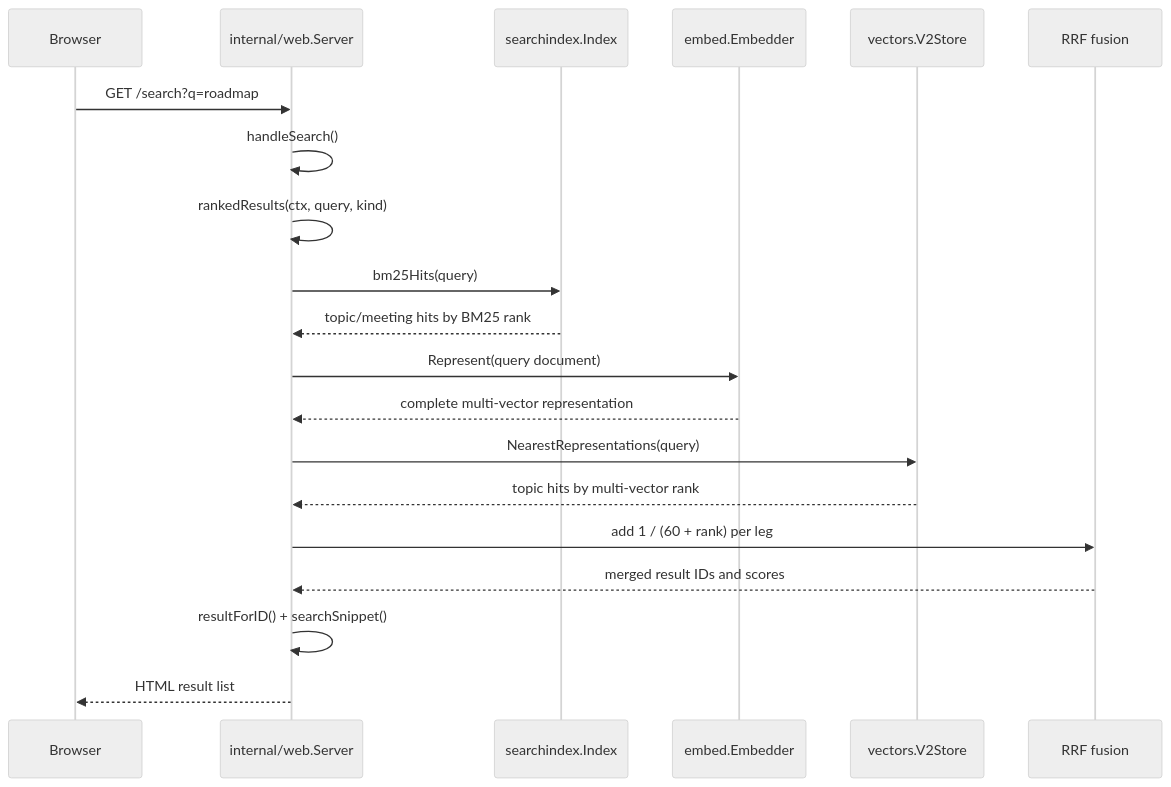
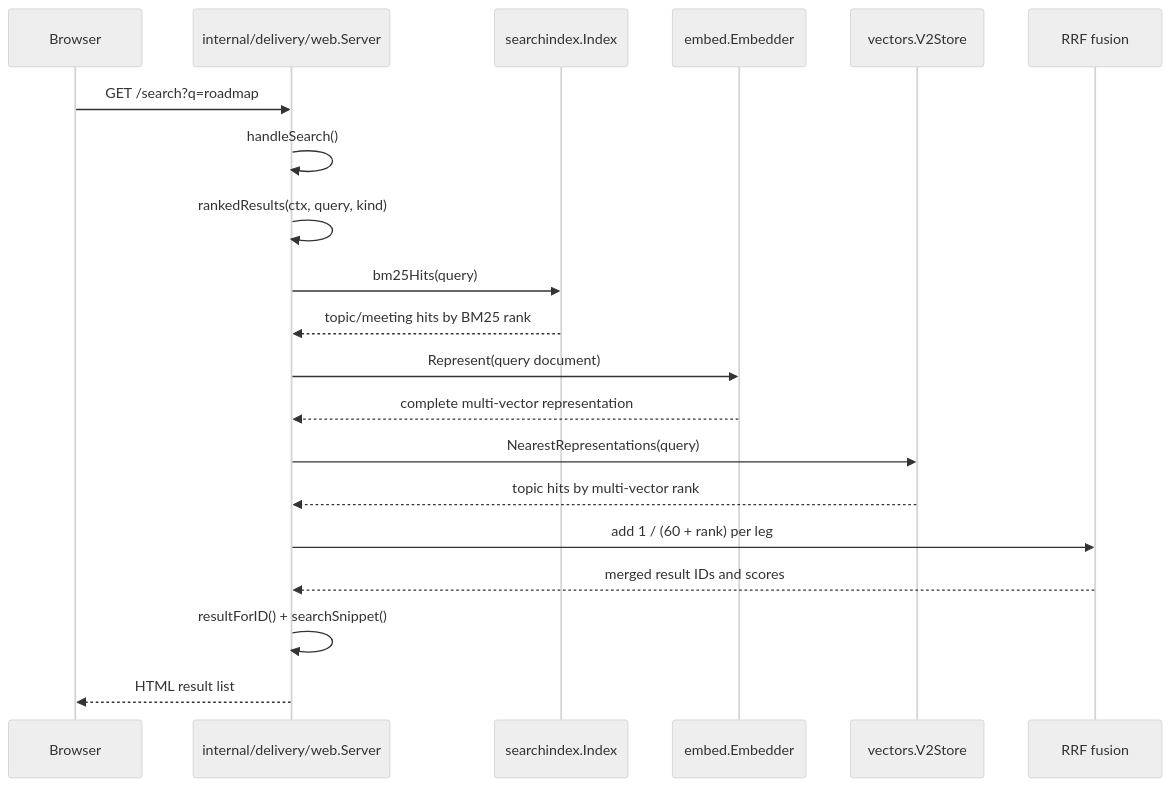
One commit to fernando143/patro changed the second of 7 diagrams in docs/search-architecture.md. Above: the diagram before and after it, drawn with Mermaid (neutral theme). The commit also changed other lines of this file and 170 other files, not shown here.

````diff
--- a/docs/search-architecture.md
+++ b/docs/search-architecture.md
@@ -41,23 +41,23 @@
 ```mermaid
 sequenceDiagram
     participant B as Browser
-    participant W as internal/web.Server
+    participant W as internal/delivery/web.Server
     participant I as searchindex.Index
     participant E as embed.Embedder
     participant V as vectors.V2Store
     participant F as RRF fusion
 
     B->>W: GET /search?q=roadmap
     W->>W: handleSearch()
     W->>W: rankedResults(ctx, query, kind)
     W->>I: bm25Hits(query)
     I-->>W: topic/meeting hits by BM25 rank
     W->>E: Represent(query document)
     E-->>W: complete multi-vector representation
     W->>V: NearestRepresentations(query)
     V-->>W: topic hits by multi-vector rank
     W->>F: add 1 / (60 + rank) per leg
     F-->>W: merged result IDs and scores
     W->>W: resultForID() + searchSnippet()
     W-->>B: HTML result list
 ```
````
